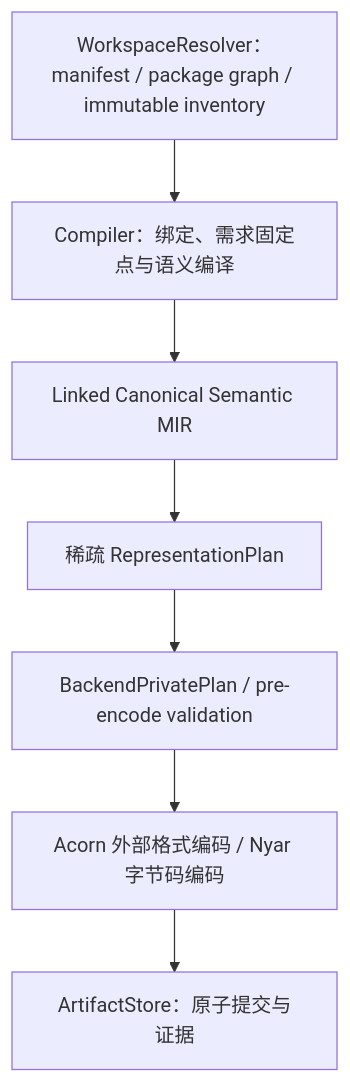
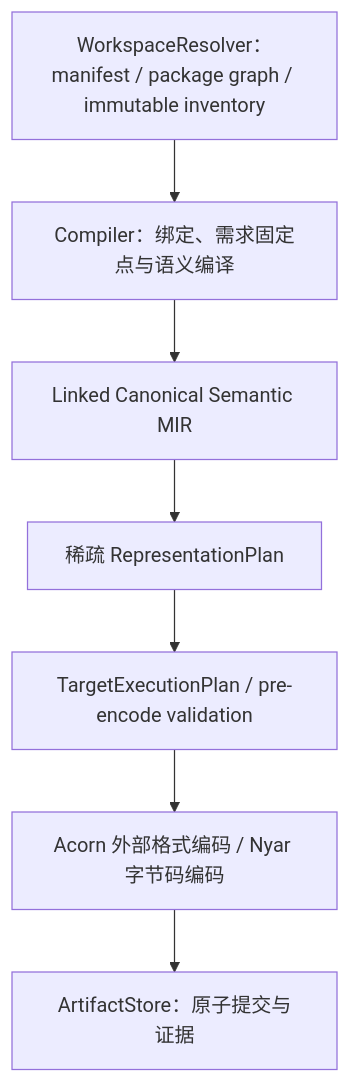
The diagram in documentation/maintenance/compiler-architecture.md (valkyrie-language/valkyrie.rs), drawn with Mermaid before and after one commit. The commit also changed other lines of this file and 8 other files, not shown here.

Commit message:
♻️ Rename backend plans to TargetExecutionPlan

````diff
--- a/documentation/maintenance/compiler-architecture.md
+++ b/documentation/maintenance/compiler-architecture.md
@@ -7,11 +7,11 @@
 ```mermaid
 flowchart TD
     Resolver["WorkspaceResolver：manifest / package graph / immutable inventory"]
     Compiler["Compiler：绑定、需求固定点与语义编译"]
     Canonical["Linked Canonical Semantic MIR"]
     Representation["稀疏 RepresentationPlan"]
-    Private["BackendPrivatePlan / pre-encode validation"]
+    Private["TargetExecutionPlan / pre-encode validation"]
     Encode["Acorn 外部格式编码 / Nyar 字节码编码"]
     Store["ArtifactStore：原子提交与证据"]
     Resolver --> Compiler --> Canonical --> Representation --> Private --> Encode --> Store
 ```
````
